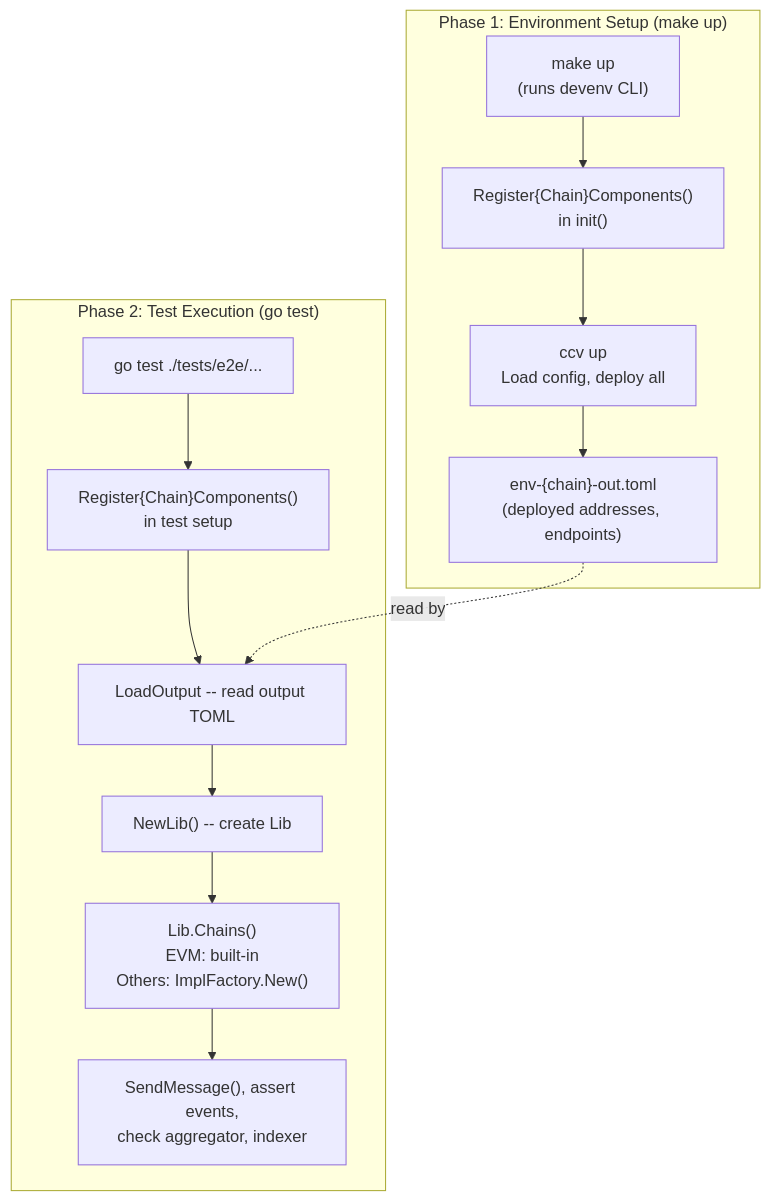
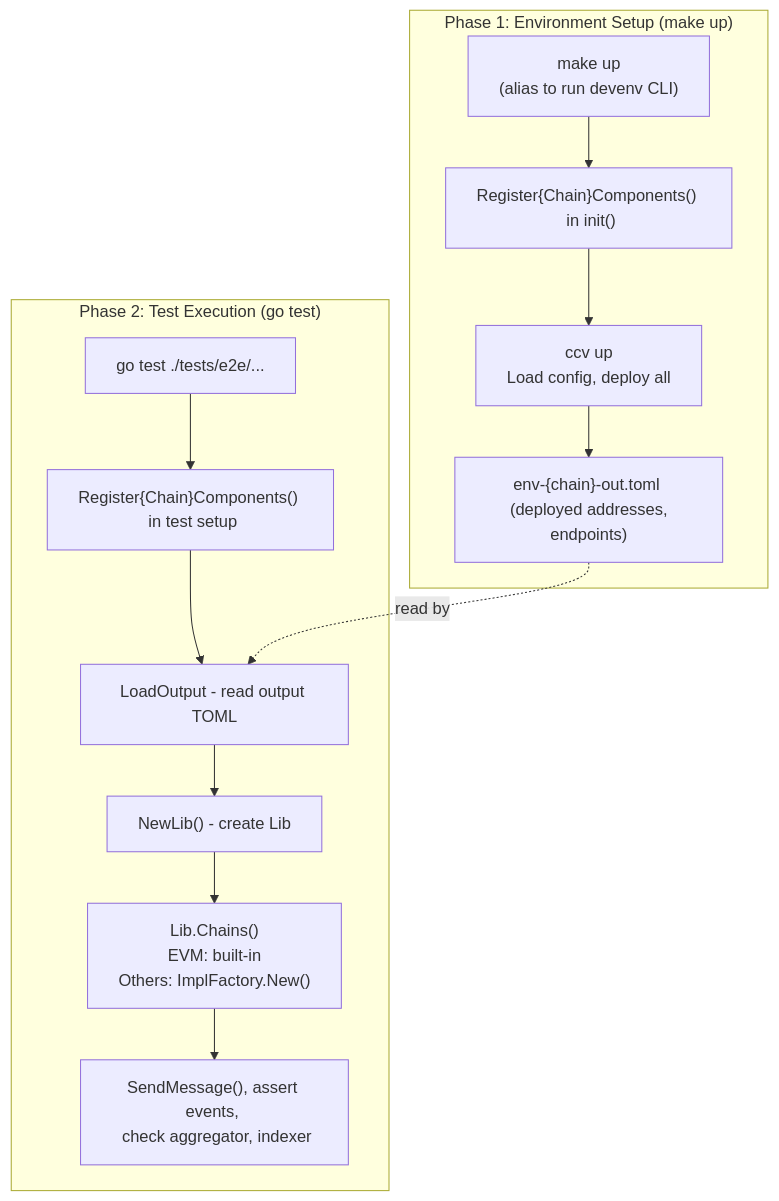
The third of 3 diagrams in docs/integration-guide.md (smartcontractkit/chainlink-ccv), drawn with Mermaid before and after one commit. The commit also changed other lines of this file, not shown here.

````diff
--- a/docs/integration-guide.md
+++ b/docs/integration-guide.md
@@ -437,24 +437,24 @@
 ```mermaid
 graph TD
     subgraph phase1 ["Phase 1: Environment Setup (make up)"]
-        MakeUp["make up\n(runs devenv CLI)"]
-        Register1["Register{Chain}Components()\nin init()"]
-        CCVUP["ccv up\nLoad config, deploy all"]
-        OutputTOML["env-{chain}-out.toml\n(deployed addresses, endpoints)"]
+        MakeUp["make up <br/> (alias to run devenv CLI)"]
+        Register1["Register{Chain}Components() <br/> in init()"]
+        CCVUP["ccv up <br/> Load config, deploy all"]
+        OutputTOML["env-{chain}-out.toml <br/> (deployed addresses, endpoints)"]
 
         MakeUp --> Register1 --> CCVUP --> OutputTOML
     end
 
     subgraph phase2 ["Phase 2: Test Execution (go test)"]
         GoTest["go test ./tests/e2e/..."]
-        Register2["Register{Chain}Components()\nin test setup"]
-        LoadCfg["LoadOutput -- read output TOML"]
-        CreateLib["NewLib() -- create Lib"]
-        GetChains["Lib.Chains()\nEVM: built-in\nOthers: ImplFactory.New()"]
-        RunTests["SendMessage(), assert events,\ncheck aggregator, indexer"]
+        Register2["Register{Chain}Components() <br/> in test setup"]
+        LoadCfg["LoadOutput - read output TOML"]
+        CreateLib["NewLib() - create Lib"]
+        GetChains["Lib.Chains() <br/> EVM: built-in <br/> Others: ImplFactory.New()"]
+        RunTests["SendMessage(), assert events, <br/> check aggregator, indexer"]
 
         GoTest --> Register2 --> LoadCfg --> CreateLib --> GetChains --> RunTests
     end
 
     OutputTOML -.->|read by| LoadCfg
 ```
````
